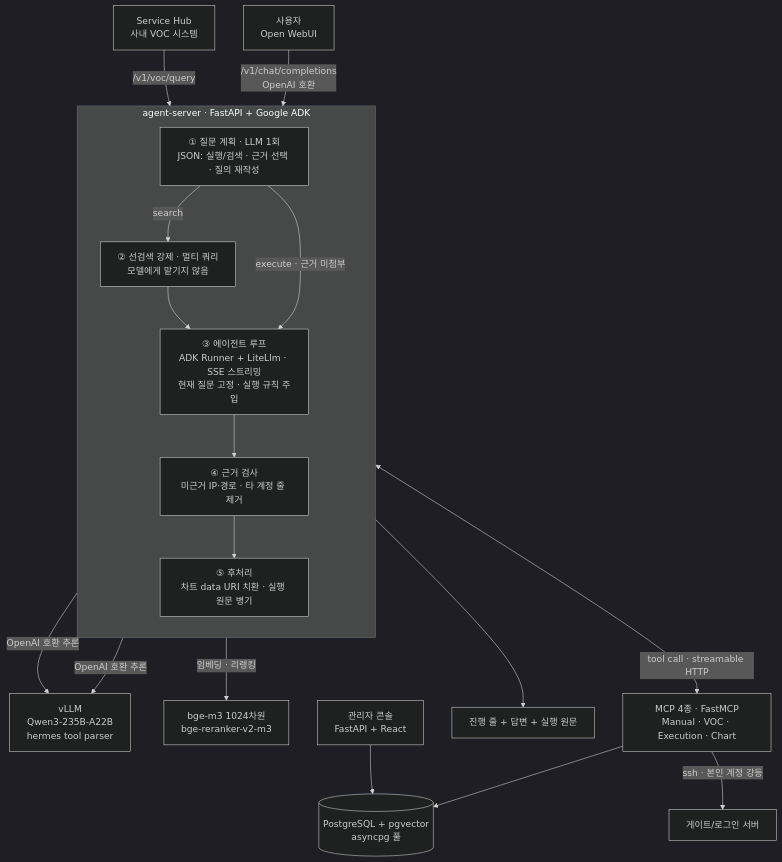
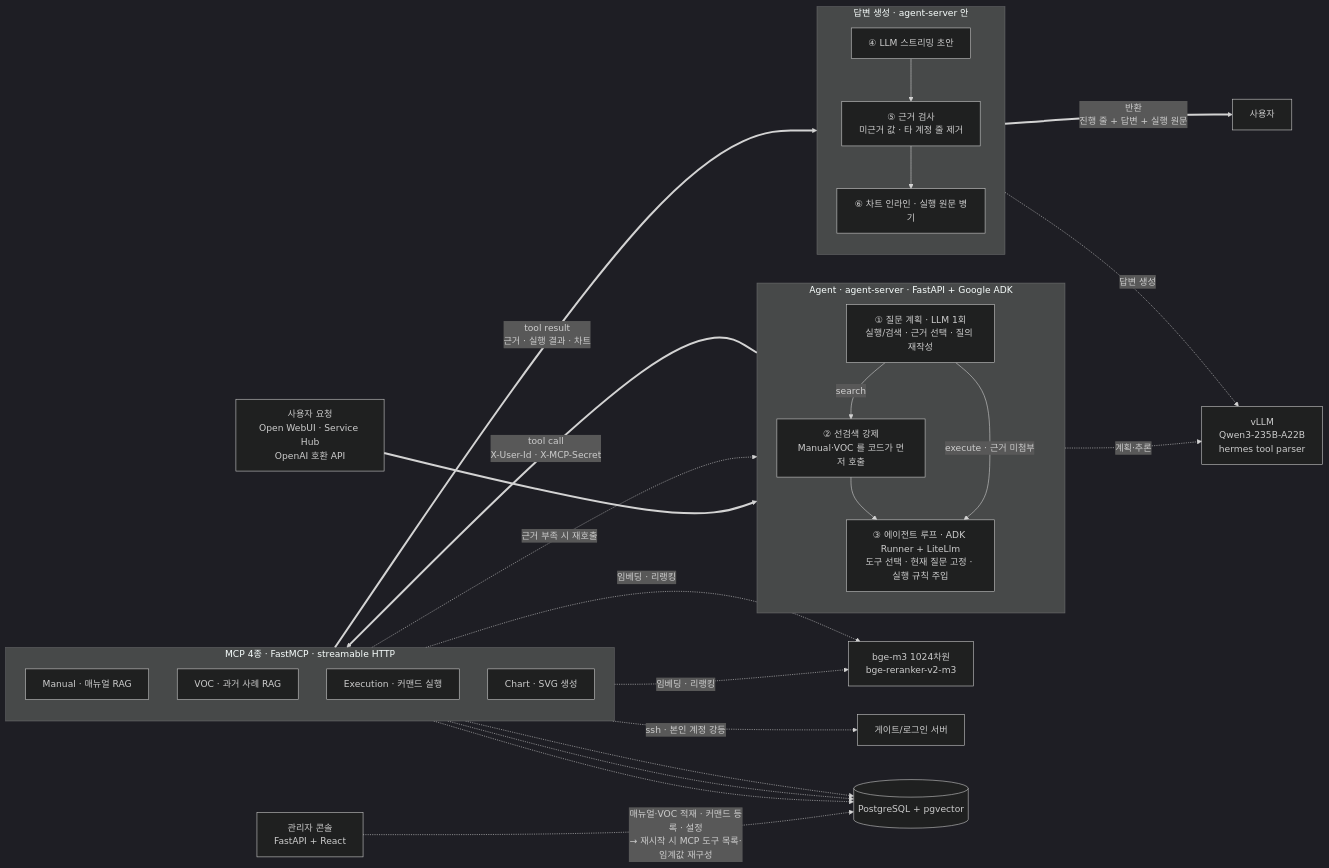
One commit to ssyrc/AI-Infra-Assistant-pub changed the first of 3 diagrams in README.md. Above: the diagram before and after it, drawn with Mermaid (dark theme). The commit also changed other lines of this file, not shown here.

Commit message:
README 전체 구조를 요청→Agent→MCP→답변 생성→반환 본류로 그리고, MCP 도식을 레인형으로 (#182)

````diff
--- a/README.md
+++ b/README.md
@@ -11,26 +13,42 @@
 ```mermaid
-flowchart TB
-    U["사용자<br/>Open WebUI"] -->|"/v1/chat/completions<br/>OpenAI 호환"| S1
-    SH["Service Hub<br/>사내 VOC 시스템"] -->|"/v1/voc/query"| S1
+flowchart LR
+    U["사용자 요청<br/>Open WebUI · Service Hub<br/>OpenAI 호환 API"] ==> AG
 
-    subgraph AG["agent-server · FastAPI + Google ADK"]
+    subgraph AG["Agent · agent-server · FastAPI + Google ADK"]
         direction TB
-        S1["① 질문 계획 · LLM 1회<br/>JSON: 실행/검색 · 근거 선택 · 질의 재작성"]
-        S2["② 선검색 강제 · 멀티 쿼리<br/>모델에게 맡기지 않음"]
-        S3["③ 에이전트 루프<br/>ADK Runner + LiteLlm · SSE 스트리밍<br/>현재 질문 고정 · 실행 규칙 주입"]
-        S4["④ 근거 검사<br/>미근거 IP·경로 · 타 계정 줄 제거"]
-        S5["⑤ 후처리<br/>차트 data URI 치환 · 실행 원문 병기"]
-        S1 -->|"search"| S2 --> S3
-        S1 -->|"execute · 근거 미첨부"| S3
-        S3 --> S4 --> S5
+        P["① 질문 계획 · LLM 1회<br/>실행/검색 · 근거 선택 · 질의 재작성"]
+        R["② 선검색 강제<br/>Manual·VOC 를 코드가 먼저 호출"]
+        L["③ 에이전트 루프 · ADK Runner + LiteLlm<br/>도구 선택 · 현재 질문 고정 · 실행 규칙 주입"]
+        P -->|"search"| R --> L
+        P -->|"execute · 근거 미첨부"| L
     end
 
-    S1 & S3 -->|"OpenAI 호환 추론"| LLM["vLLM<br/>Qwen3-235B-A22B<br/>hermes tool parser"]
-    S2 -->|"임베딩 · 리랭킹"| EMB["bge-m3 1024차원<br/>bge-reranker-v2-m3"]
-    S3 <-->|"tool call · streamable HTTP"| MCPS["MCP 4종 · FastMCP<br/>Manual · VOC · Execution · Chart"]
-    MCPS --> PG[("PostgreSQL + pgvector<br/>asyncpg 풀")]
-    MCPS -->|"ssh · 본인 계정 강등"| HOST["게이트/로그인 서버"]
-    S5 --> OUT["진행 줄 + 답변 + 실행 원문"]
+    subgraph MS["MCP 4종 · FastMCP · streamable HTTP"]
+        direction TB
+        MM["Manual · 매뉴얼 RAG"]
+        MV["VOC · 과거 사례 RAG"]
+        ME["Execution · 커맨드 실행"]
+        MC["Chart · SVG 생성"]
+    end
 
-    CON["관리자 콘솔<br/>FastAPI + React"] --> PG
+    subgraph GEN["답변 생성 · agent-server 안"]
+        direction TB
+        D["④ LLM 스트리밍 초안"]
+        C["⑤ 근거 검사<br/>미근거 값 · 타 계정 줄 제거"]
+        F["⑥ 차트 인라인 · 실행 원문 병기"]
+        D --> C --> F
+    end
+
+    AG ==>|"tool call<br/>X-User-Id · X-MCP-Secret"| MS
+    MS ==>|"tool result<br/>근거 · 실행 결과 · 차트"| GEN
+    MS -.->|"근거 부족 시 재호출"| AG
+    GEN ==>|"반환<br/>진행 줄 + 답변 + 실행 원문"| OUT["사용자"]
+
+    MM & MV -.->|"임베딩 · 리랭킹"| EMB["bge-m3 1024차원<br/>bge-reranker-v2-m3"]
+    ME -.->|"ssh · 본인 계정 강등"| HOST["게이트/로그인 서버"]
+    MM & MV & ME -.-> PG[("PostgreSQL + pgvector")]
+    AG -.->|"계획·추론"| LLM["vLLM<br/>Qwen3-235B-A22B<br/>hermes tool parser"]
+    GEN -.->|"답변 생성"| LLM
+
+    CON["관리자 콘솔<br/>FastAPI + React"] -.->|"매뉴얼·VOC 적재 · 커맨드 등록 · 설정<br/>→ 재시작 시 MCP 도구 목록·임계값 재구성"| PG
 ```
````
